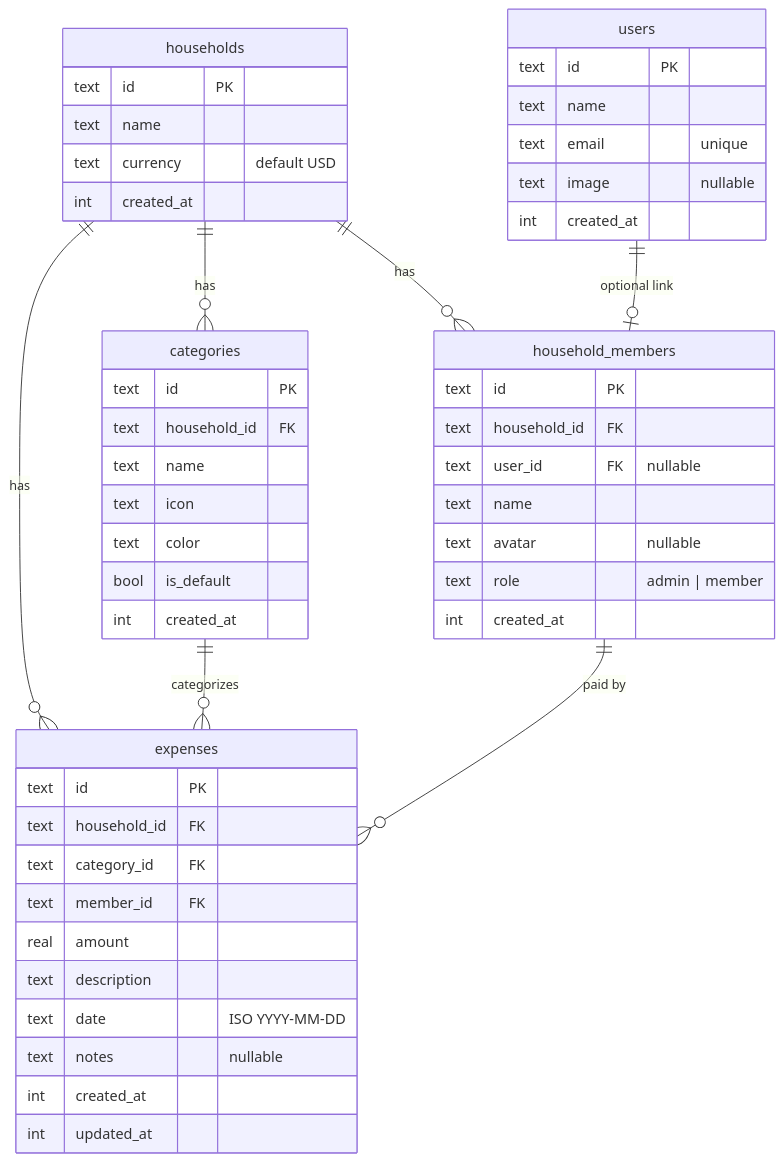
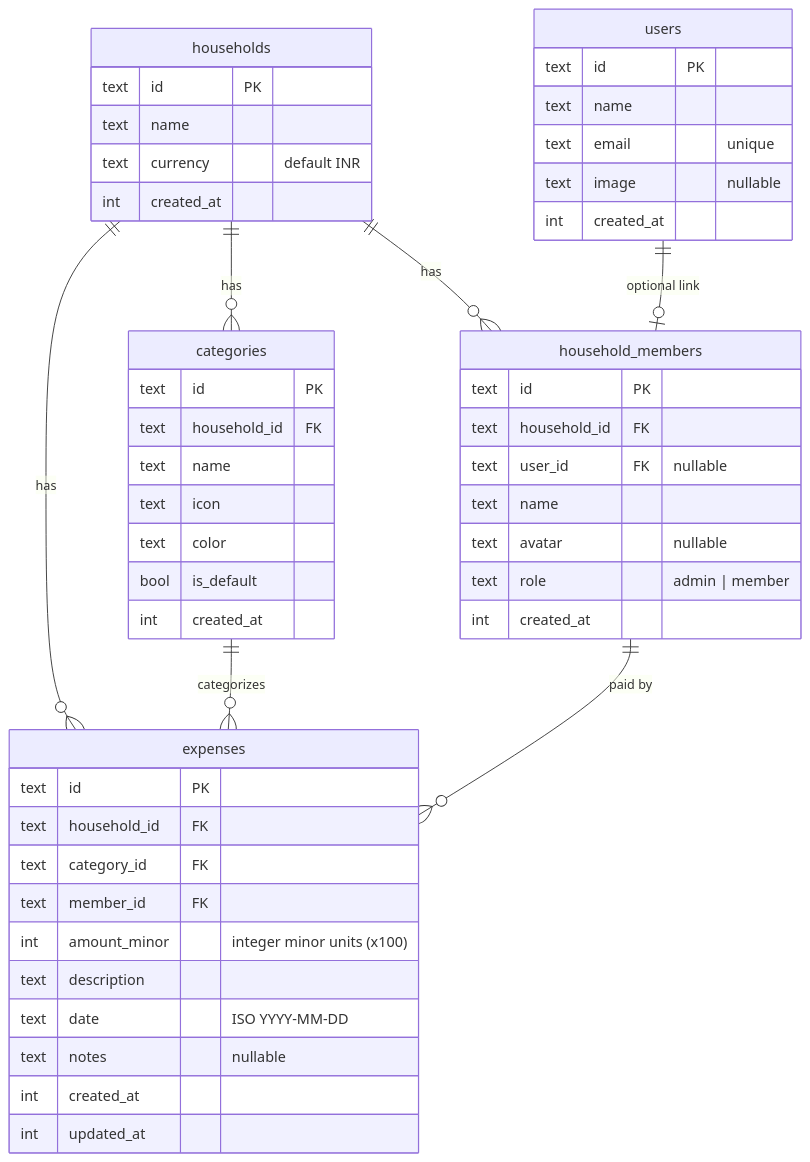
Before and after one commit to mangatinanda/outlay: the second of 4 diagrams in README.md, drawn with Mermaid. The commit also changed other lines of this file and 5 other files, not shown here.

````diff
--- a/README.md
+++ b/README.md
@@ -109,53 +113,53 @@
 ```mermaid
 erDiagram
     households ||--o{ household_members : "has"
     households ||--o{ categories : "has"
     households ||--o{ expenses : "has"
     categories ||--o{ expenses : "categorizes"
     household_members ||--o{ expenses : "paid by"
     users ||--o| household_members : "optional link"
 
     households {
         text id PK
         text name
-        text currency "default USD"
+        text currency "default INR"
         int  created_at
     }
     household_members {
         text id PK
         text household_id FK
         text user_id FK "nullable"
         text name
         text avatar "nullable"
         text role "admin | member"
         int  created_at
     }
     categories {
         text id PK
         text household_id FK
         text name
         text icon
         text color
         bool is_default
         int  created_at
     }
     expenses {
         text id PK
         text household_id FK
         text category_id FK
         text member_id FK
-        real amount
+        int  amount_minor "integer minor units (x100)"
         text description
         text date "ISO YYYY-MM-DD"
         text notes "nullable"
         int  created_at
         int  updated_at
     }
     users {
         text id PK
         text name
         text email "unique"
         text image "nullable"
         int  created_at
     }
 ```
````
